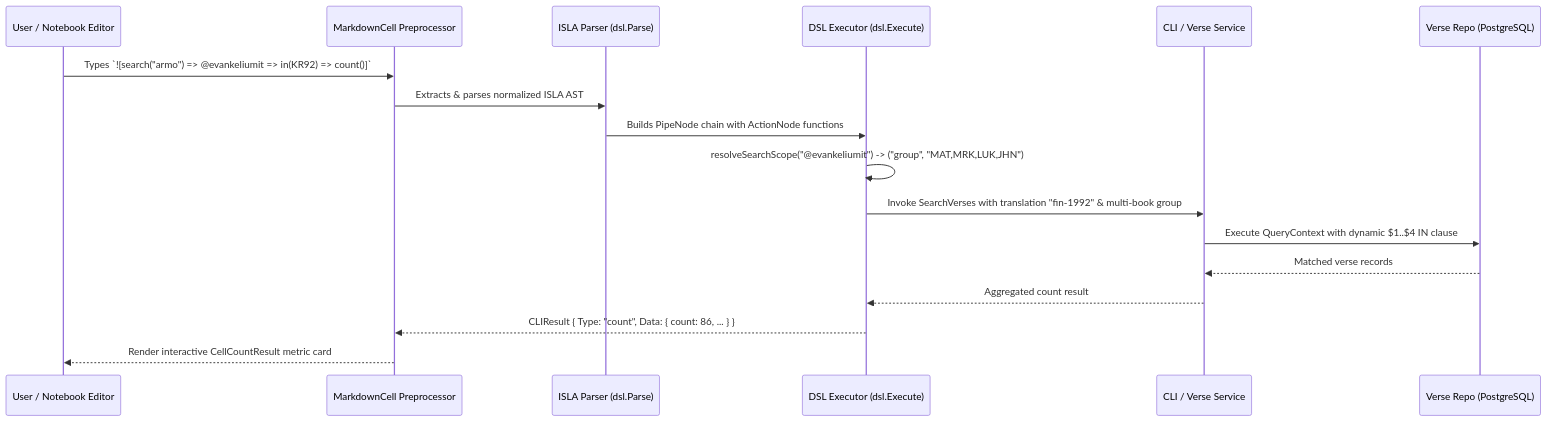
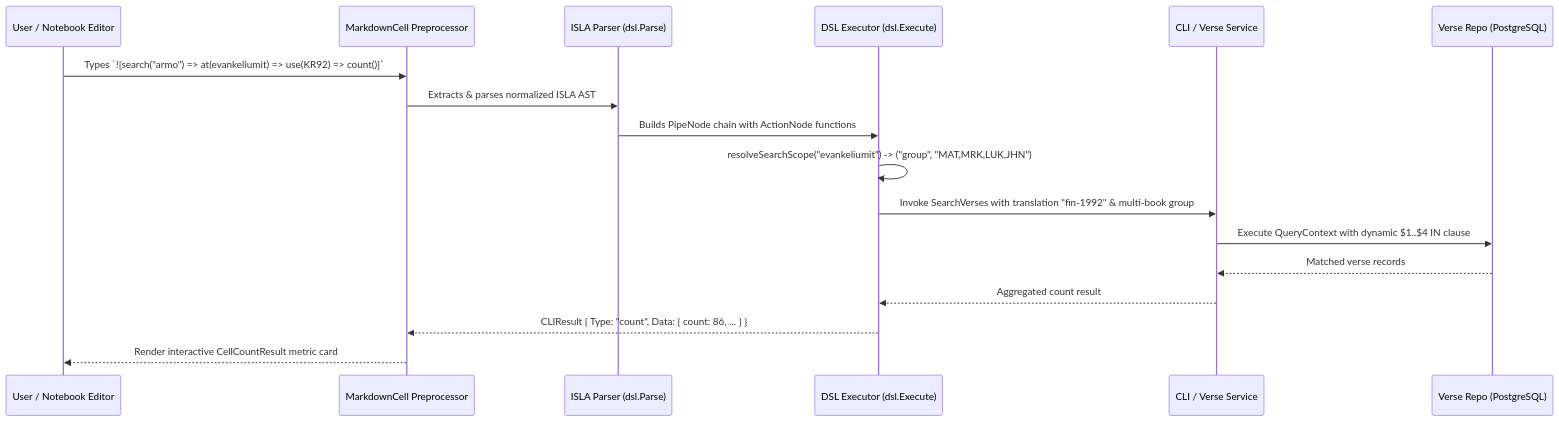
One commit to mvirtai/clible-v3-go changed the first of 2 diagrams in pr_stories/070-feat-isla-functional-pipeline-and-smart-scopes.md. Above: the diagram before and after it, drawn with Mermaid. The commit also changed other lines of this file and 11 other files, not shown here.

````diff
--- a/pr_stories/070-feat-isla-functional-pipeline-and-smart-scopes.md
+++ b/pr_stories/070-feat-isla-functional-pipeline-and-smart-scopes.md
@@ -19,20 +20,20 @@
 ```mermaid
 sequenceDiagram
     participant User as User / Notebook Editor
     participant MC as MarkdownCell Preprocessor
     participant DSL as ISLA Parser (dsl.Parse)
     participant Exec as DSL Executor (dsl.Execute)
     participant Svc as CLI / Verse Service
     participant Repo as Verse Repo (PostgreSQL)
 
-    User->>MC: Types `![search("armo") => @evankeliumit => in(KR92) => count()]`
+    User->>MC: Types `![search("armo") => at(evankeliumit) => use(KR92) => count()]`
     MC->>DSL: Extracts & parses normalized ISLA AST
     DSL->>Exec: Builds PipeNode chain with ActionNode functions
-    Exec->>Exec: resolveSearchScope("@evankeliumit") -> ("group", "MAT,MRK,LUK,JHN")
+    Exec->>Exec: resolveSearchScope("evankeliumit") -> ("group", "MAT,MRK,LUK,JHN")
     Exec->>Svc: Invoke SearchVerses with translation "fin-1992" & multi-book group
     Svc->>Repo: Execute QueryContext with dynamic $1..$4 IN clause
     Repo-->>Svc: Matched verse records
     Svc-->>Exec: Aggregated count result
     Exec-->>MC: CLIResult { Type: "count", Data: { count: 86, ... } }
     MC-->>User: Render interactive CellCountResult metric card
 ```
````
